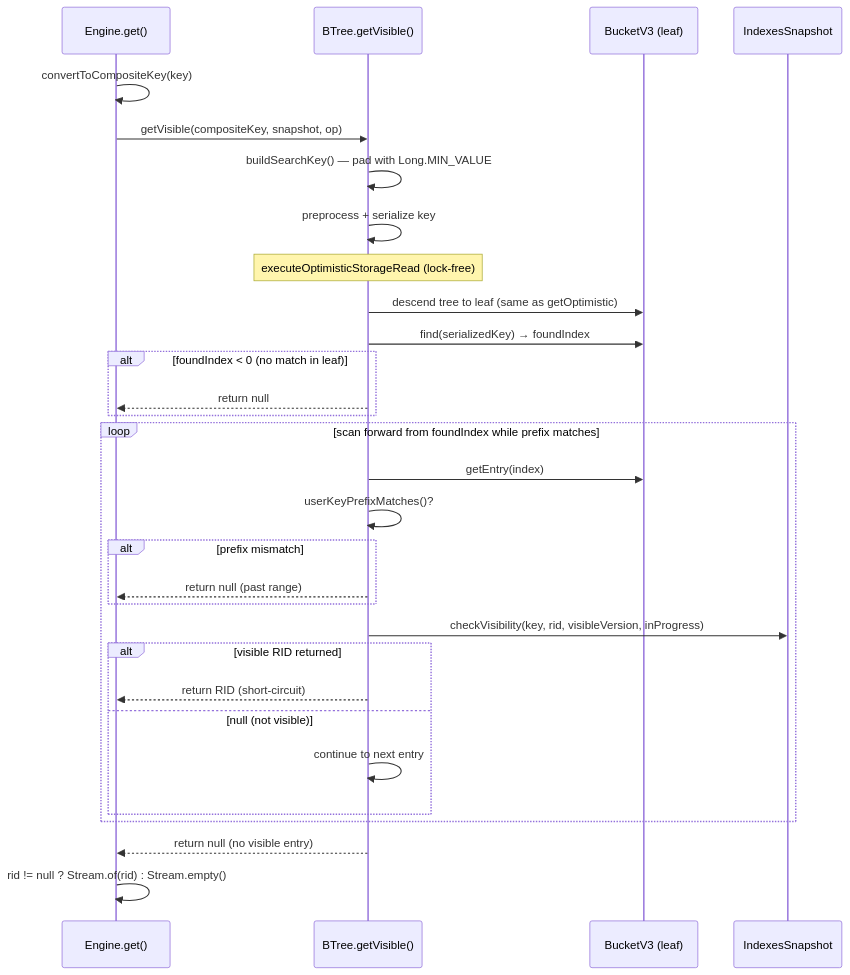
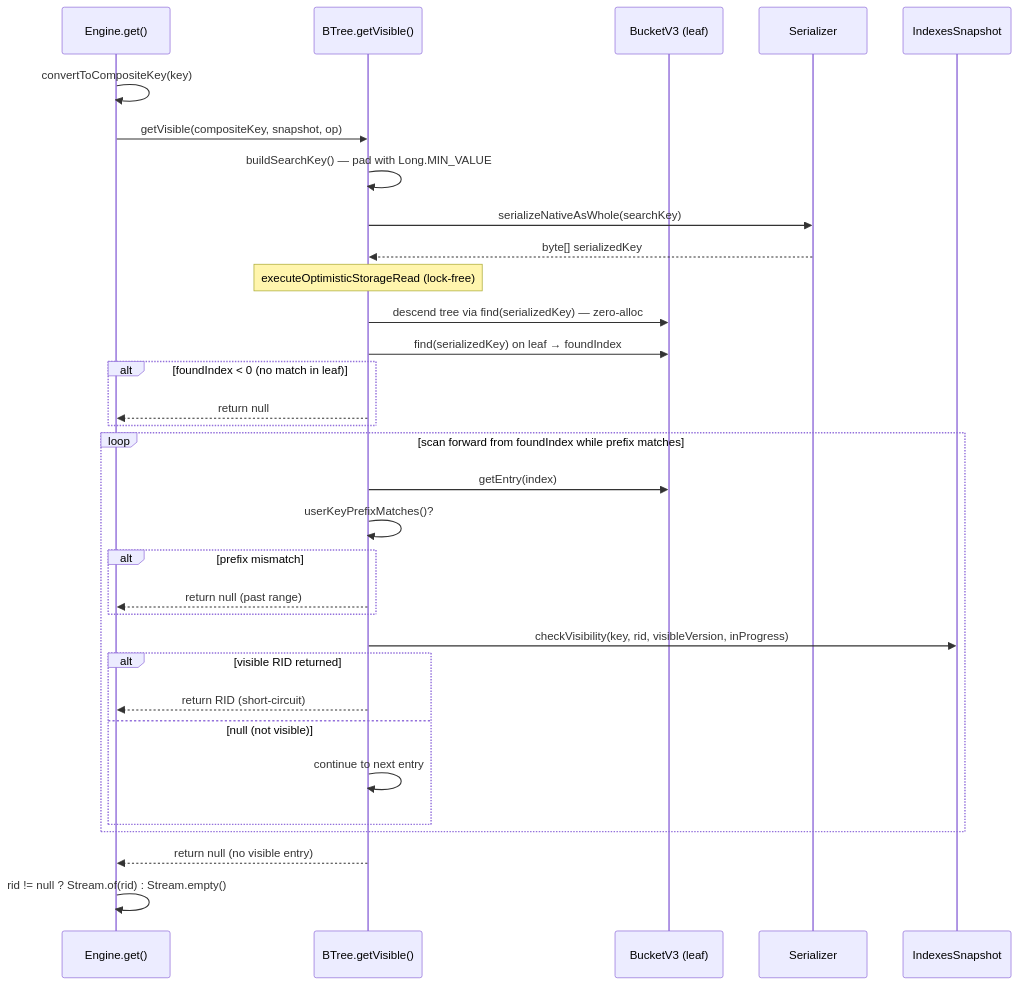
Before and after one commit to JetBrains/youtrackdb: the second of 3 diagrams in docs/adr/optimize-single-value-get/design-final.md, drawn with Mermaid. The commit also changed other lines of this file and 1 other file, not shown here.

````diff
--- a/docs/adr/optimize-single-value-get/design-final.md
+++ b/docs/adr/optimize-single-value-get/design-final.md
@@ -102,33 +138,35 @@
 ```mermaid
 sequenceDiagram
     participant E as Engine.get()
     participant T as BTree.getVisible()
     participant B as BucketV3 (leaf)
+    participant S as Serializer
     participant Snap as IndexesSnapshot
 
     E->>E: convertToCompositeKey(key)
     E->>T: getVisible(compositeKey, snapshot, op)
     T->>T: buildSearchKey() — pad with Long.MIN_VALUE
-    T->>T: preprocess + serialize key
+    T->>S: serializeNativeAsWhole(searchKey)
+    S-->>T: byte[] serializedKey
     Note over T: executeOptimisticStorageRead (lock-free)
-    T->>B: descend tree to leaf (same as getOptimistic)
-    T->>B: find(serializedKey) → foundIndex
+    T->>B: descend tree via find(serializedKey) — zero-alloc
+    T->>B: find(serializedKey) on leaf → foundIndex
     alt foundIndex < 0 (no match in leaf)
         T-->>E: return null
     end
     loop scan forward from foundIndex while prefix matches
         T->>B: getEntry(index)
         T->>T: userKeyPrefixMatches()?
         alt prefix mismatch
             T-->>E: return null (past range)
         end
         T->>Snap: checkVisibility(key, rid, visibleVersion, inProgress)
         alt visible RID returned
             T-->>E: return RID (short-circuit)
         else null (not visible)
             T->>T: continue to next entry
         end
     end
     T-->>E: return null (no visible entry)
     E->>E: rid != null ? Stream.of(rid) : Stream.empty()
 ```
````
